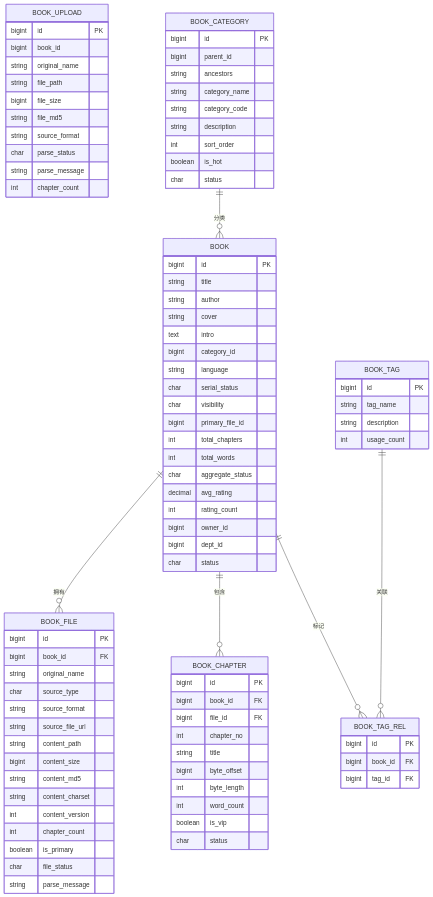
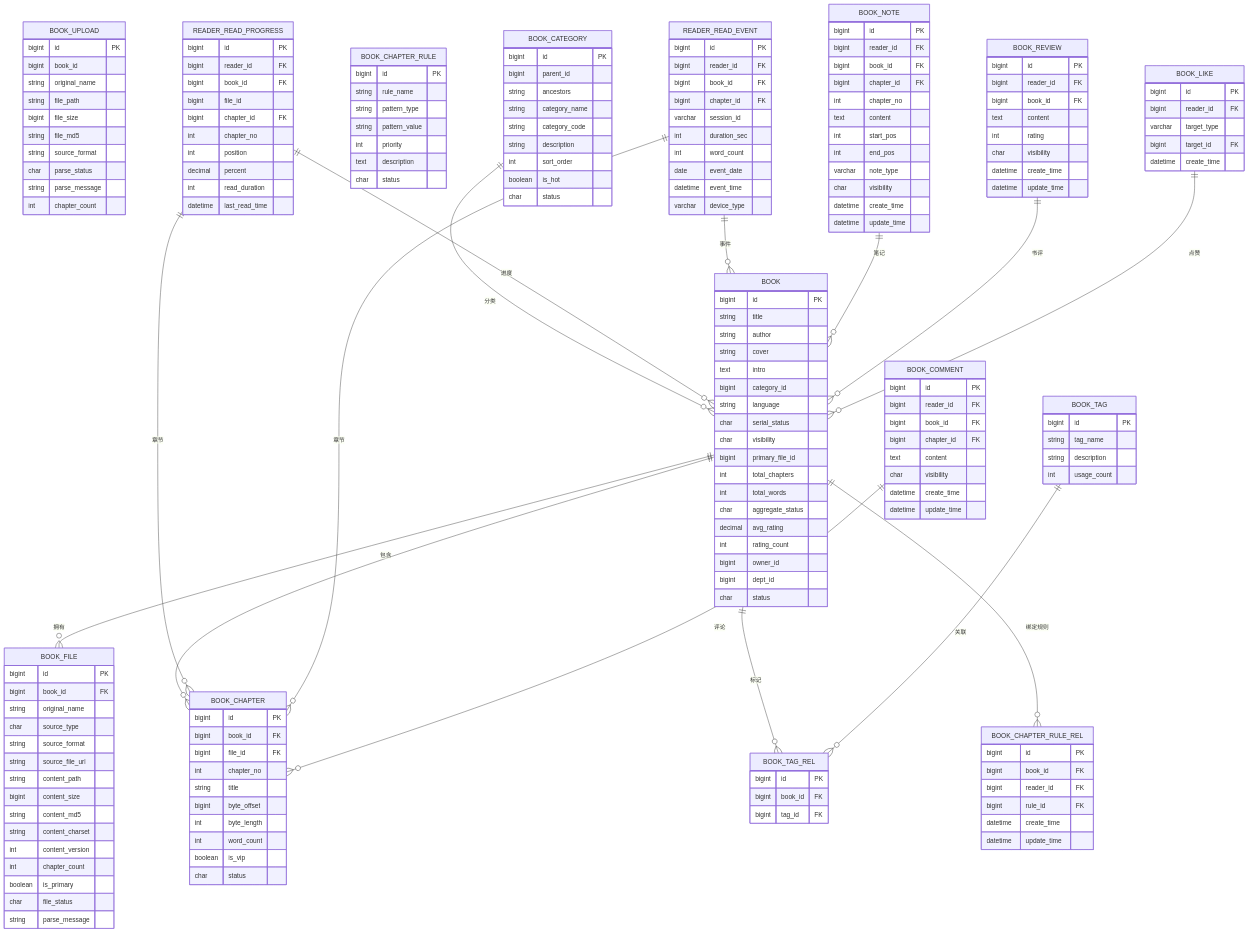
Before and after one commit to knifezred/boread: the second of 12 diagrams in .qoder/repowiki/zh/content/API接口文档/电子书管理API/电子书管理API.md, drawn with Mermaid. The commit also changed other lines of this file and 16 other files, not shown here.

````diff
--- a/.qoder/repowiki/zh/content/API接口文档/电子书管理API/电子书管理API.md
+++ b/.qoder/repowiki/zh/content/API接口文档/电子书管理API/电子书管理API.md
@@ -191,9 +241,100 @@
 bigint book_id FK
 bigint tag_id FK
 }
+BOOK_CHAPTER_RULE {
+bigint id PK
+string rule_name
+string pattern_type
+string pattern_value
+int priority
+text description
+char status
+}
+BOOK_CHAPTER_RULE_REL {
+bigint id PK
+bigint book_id FK
+bigint reader_id FK
+bigint rule_id FK
+datetime create_time
+datetime update_time
+}
+READER_READ_PROGRESS {
+bigint id PK
+bigint reader_id FK
+bigint book_id FK
+bigint file_id
+bigint chapter_id FK
+int chapter_no
+int position
+decimal percent
+int read_duration
+datetime last_read_time
+}
+READER_READ_EVENT {
+bigint id PK
+bigint reader_id FK
+bigint book_id FK
+bigint chapter_id FK
+varchar session_id
+int duration_sec
+int word_count
+date event_date
+datetime event_time
+varchar device_type
+}
+BOOK_NOTE {
+bigint id PK
+bigint reader_id FK
+bigint book_id FK
+bigint chapter_id FK
+int chapter_no
+text content
+int start_pos
+int end_pos
+varchar note_type
+char visibility
+datetime create_time
+datetime update_time
+}
+BOOK_REVIEW {
+bigint id PK
+bigint reader_id FK
+bigint book_id FK
+text content
+int rating
+char visibility
+datetime create_time
+datetime update_time
+}
+BOOK_COMMENT {
+bigint id PK
+bigint reader_id FK
+bigint book_id FK
+bigint chapter_id FK
+text content
+char visibility
+datetime create_time
+datetime update_time
+}
+BOOK_LIKE {
+bigint id PK
+bigint reader_id FK
+varchar target_type
+bigint target_id FK
+datetime create_time
+}
 BOOK ||--o{ BOOK_FILE : "拥有"
 BOOK ||--o{ BOOK_CHAPTER : "包含"
 BOOK ||--o{ BOOK_TAG_REL : "标记"
+BOOK ||--o{ BOOK_CHAPTER_RULE_REL : "绑定规则"
 BOOK_CATEGORY ||--o{ BOOK : "分类"
 BOOK_TAG ||--o{ BOOK_TAG_REL : "关联"
+READER_READ_PROGRESS ||--o{ BOOK : "进度"
+READER_READ_PROGRESS ||--o{ BOOK_CHAPTER : "章节"
+READER_READ_EVENT ||--o{ BOOK : "事件"
+READER_READ_EVENT ||--o{ BOOK_CHAPTER : "章节"
+BOOK_NOTE ||--o{ BOOK : "笔记"
+BOOK_REVIEW ||--o{ BOOK : "书评"
+BOOK_COMMENT ||--o{ BOOK_CHAPTER : "评论"
+BOOK_LIKE ||--o{ BOOK : "点赞"
 ```
````
